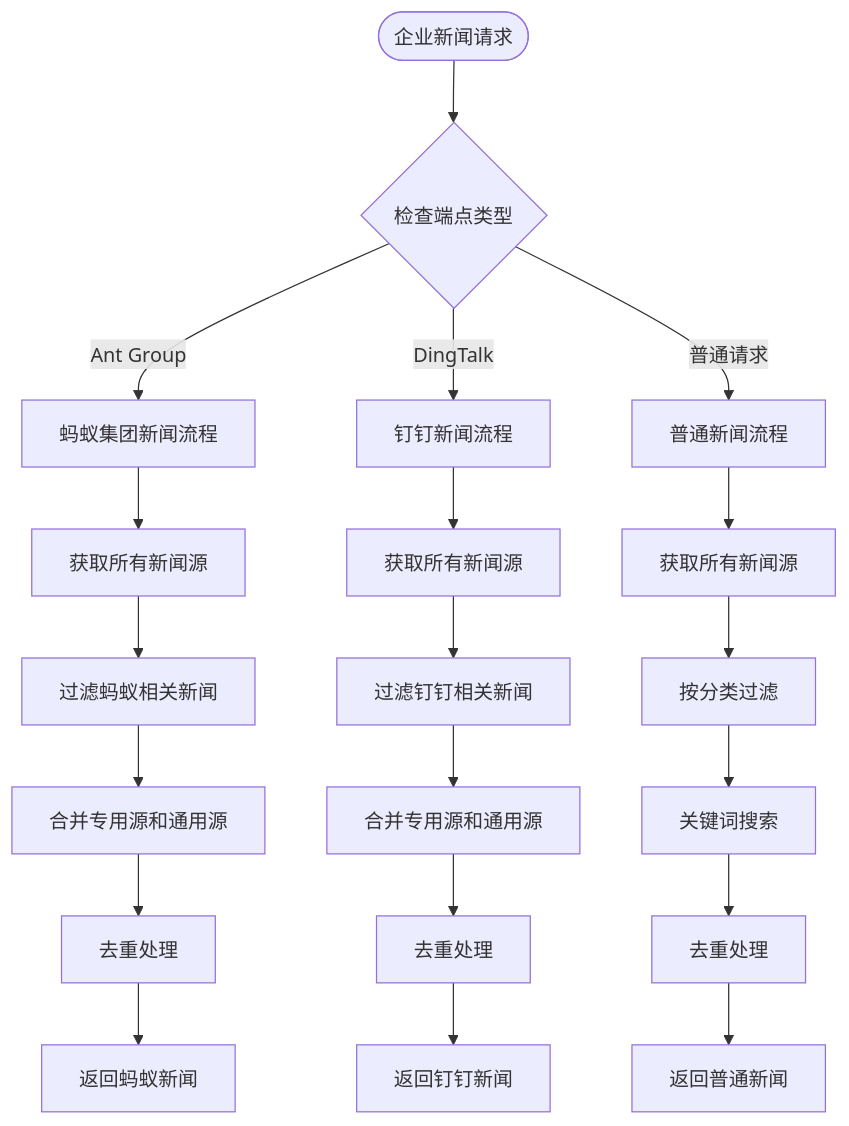
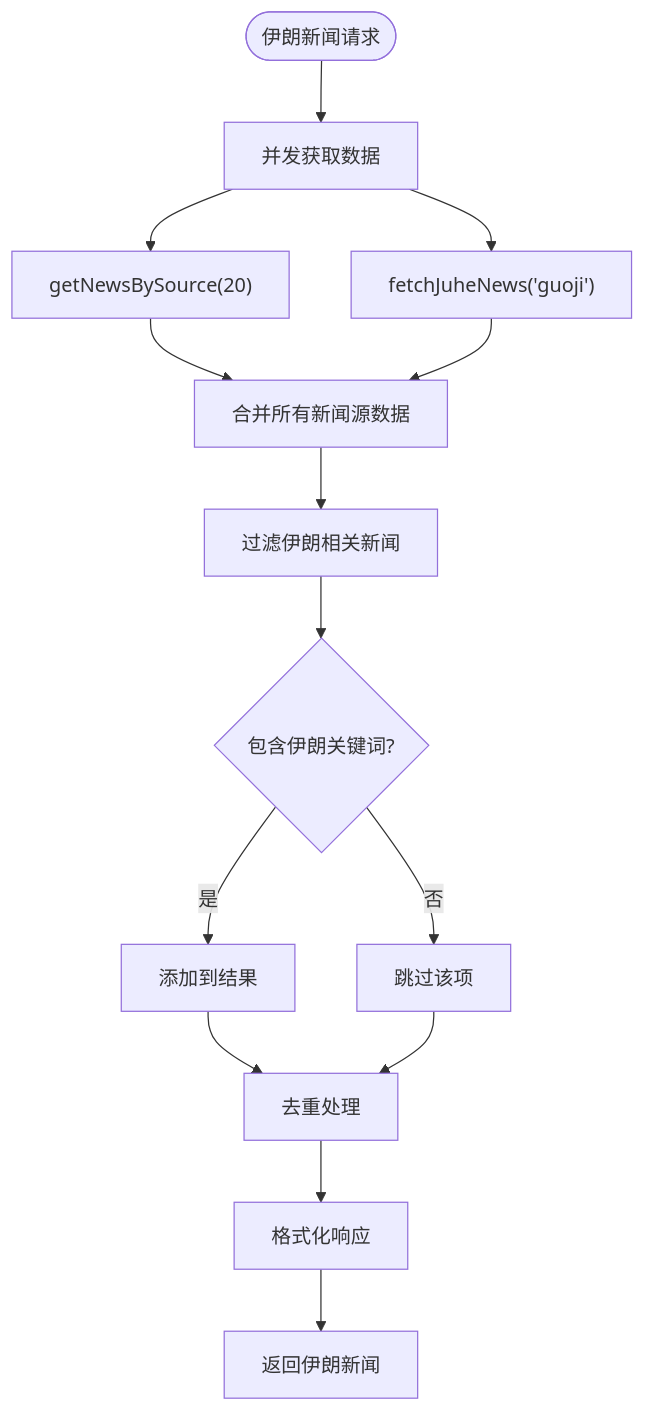
The fifth of 15 diagrams in .qoder/repowiki/zh/content/核心功能模块/新闻数据获取系统.md (zuozuoliu740-cmd/xianxiong-news), drawn with Mermaid before and after one commit. The commit also changed other lines of this file and 27 other files, not shown here.

Commit message:
feat: 新增AI实验室模块 - AI爆品替换工作台(视频替换/商品详情生成/图生视频/英文配音)、我的视频管理、首页入口卡片

````diff
--- a/.qoder/repowiki/zh/content/核心功能模块/新闻数据获取系统.md
+++ b/.qoder/repowiki/zh/content/核心功能模块/新闻数据获取系统.md
@@ -283,22 +336,16 @@
 ```mermaid
 flowchart TD
-Start([企业新闻请求]) --> CheckEndpoint{"检查端点类型"}
-CheckEndpoint --> |Ant Group| AntFlow["蚂蚁集团新闻流程"]
-CheckEndpoint --> |DingTalk| DingFlow["钉钉新闻流程"]
-CheckEndpoint --> |普通请求| NormalFlow["普通新闻流程"]
-AntFlow --> GetSources["获取所有新闻源"]
-GetSources --> FilterAnt["过滤蚂蚁相关新闻"]
-FilterAnt --> MergeAnt["合并专用源和通用源"]
-MergeAnt --> Deduplicate["去重处理"]
-Deduplicate --> ReturnAnt["返回蚂蚁新闻"]
-DingFlow --> GetSources2["获取所有新闻源"]
-GetSources2 --> FilterDing["过滤钉钉相关新闻"]
-FilterDing --> MergeDing["合并专用源和通用源"]
-MergeDing --> Deduplicate2["去重处理"]
-Deduplicate2 --> ReturnDing["返回钉钉新闻"]
-NormalFlow --> GetSources3["获取所有新闻源"]
-GetSources3 --> FilterNormal["按分类过滤"]
-FilterNormal --> SearchQuery["关键词搜索"]
-SearchQuery --> Deduplicate3["去重处理"]
-Deduplicate3 --> ReturnNormal["返回普通新闻"]
+Start([伊朗新闻请求]) --> ParallelFetch["并发获取数据"]
+ParallelFetch --> SourceNews["getNewsBySource(20)"]
+ParallelFetch --> JuheNews["fetchJuheNews('guoji')"]
+SourceNews --> MergeData["合并所有新闻源数据"]
+JuheNews --> MergeData
+MergeData --> FilterIran["过滤伊朗相关新闻"]
+FilterIran --> KeywordCheck{"包含伊朗关键词?"}
+KeywordCheck --> |是| AddToResult["添加到结果"]
+KeywordCheck --> |否| SkipItem["跳过该项"]
+AddToResult --> RemoveDuplicates["去重处理"]
+RemoveDuplicates --> FormatResponse["格式化响应"]
+FormatResponse --> ReturnIran["返回伊朗新闻"]
+SkipItem --> RemoveDuplicates
 ```
````
